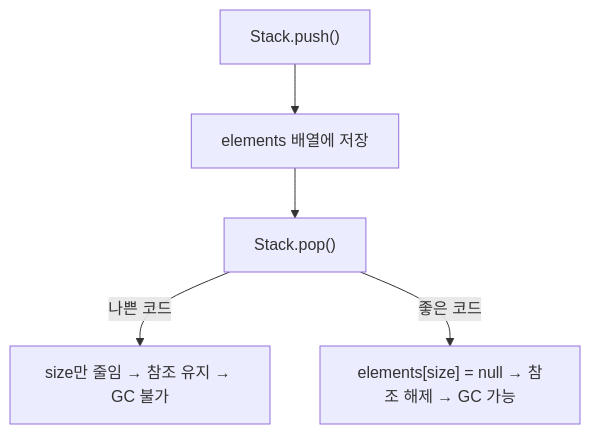
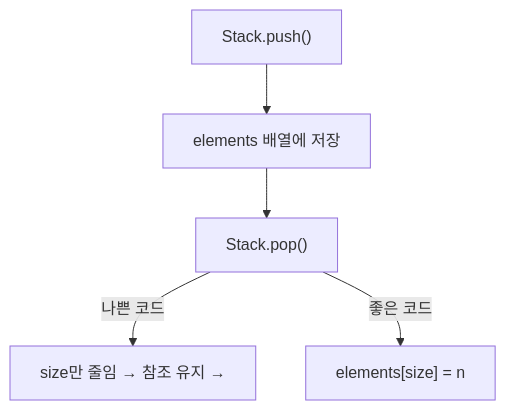
Before and after one commit to yjkim2015/yjkim2015.github.io: the fourth of 5 diagrams in _posts/effective_java/2026-05-03-effective-java-object-creation.md, drawn with Mermaid. The commit also changed other lines of this file and 271 other files, not shown here.

First line of the commit message:
Mermaid 라벨 축소: 긴 노드 텍스트 18자 이하로 트림 + \n 제거

````diff
--- a/_posts/effective_java/2026-05-03-effective-java-object-creation.md
+++ b/_posts/effective_java/2026-05-03-effective-java-object-creation.md
@@ -283,7 +283,7 @@
 ```mermaid
 flowchart TD
     A["Stack.push()"] --> B["elements 배열에 저장"]
     B --> C["Stack.pop()"]
-    C -->|"나쁜 코드"| D["size만 줄임 → 참조 유지 → GC 불가"]
-    C -->|"좋은 코드"| E["elements[size] = null → 참조 해제 → GC 가능"]
+    C -->|"나쁜 코드"| D["size만 줄임 → 참조 유지 →"]
+    C -->|"좋은 코드"| E["elements[size] = n"]
 ```
````
